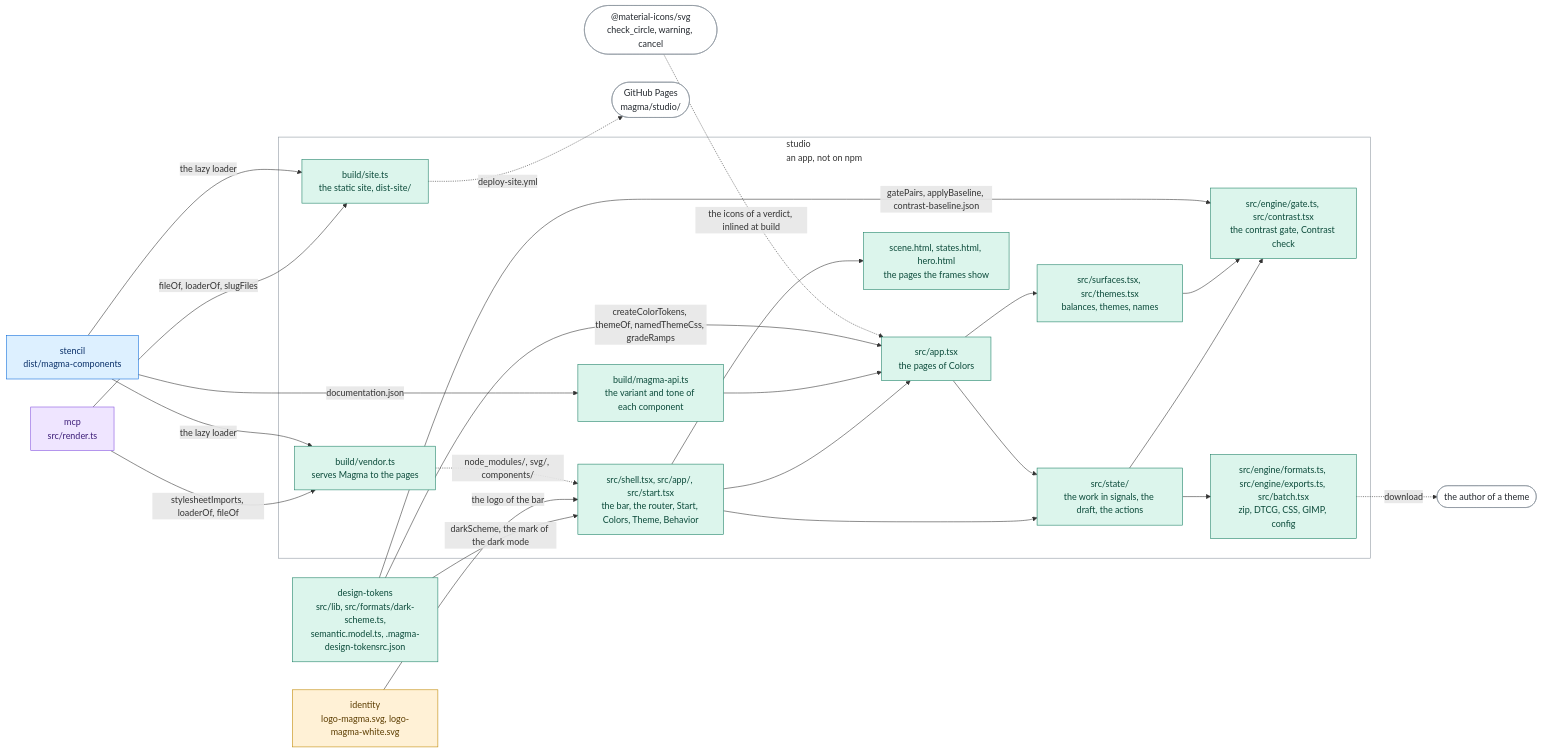
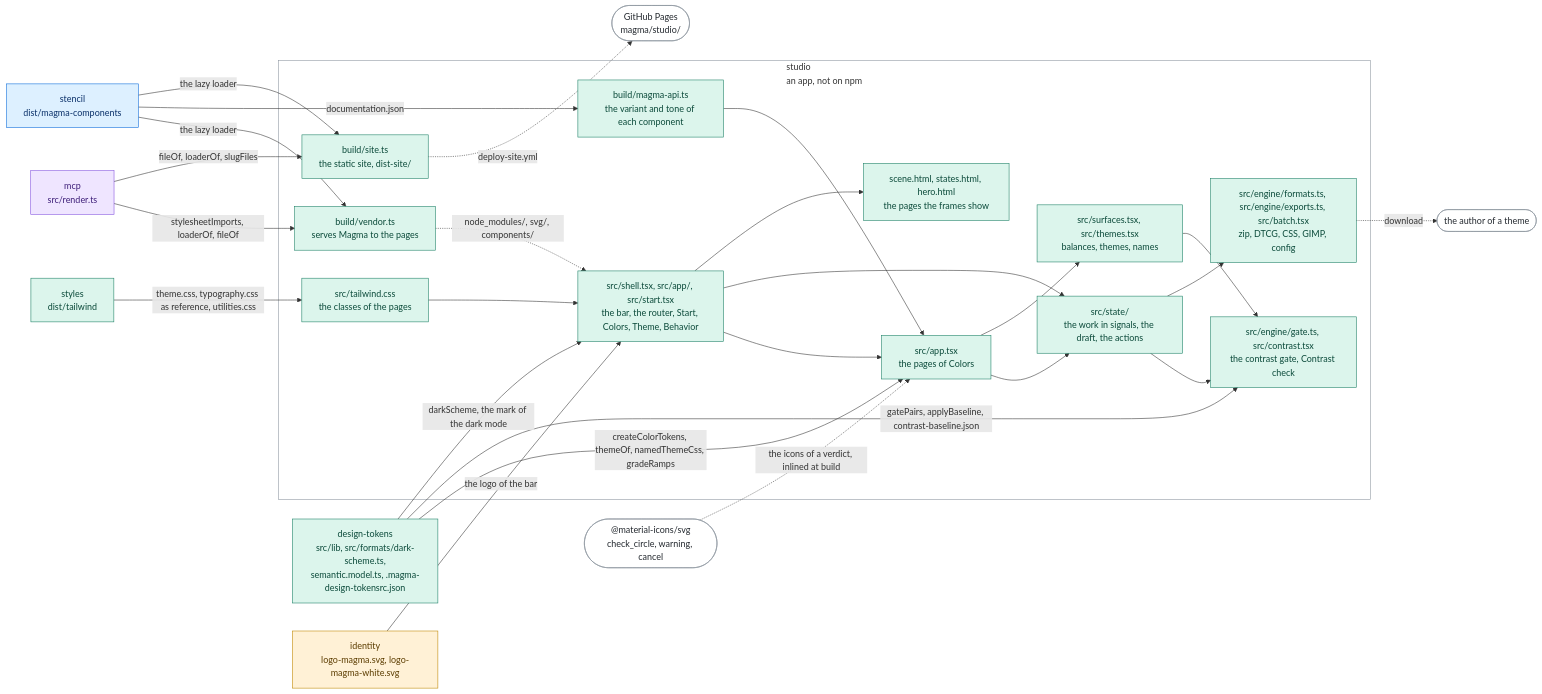
One commit to magma-design-system/magma changed the diagram in projects/studio/README.md. Above: the diagram before and after it, drawn with Mermaid. The commit also changed other lines of this file and 8 other files, not shown here.

First line of the commit message:
build(studio): the Tailwind layer of Magma, its theme imported for reference

````diff
--- a/projects/studio/README.md
+++ b/projects/studio/README.md
@@ -386,54 +386,58 @@
 ```mermaid
 flowchart LR
   DT["design-tokens<br/>src/lib, src/formats/dark-scheme.ts,<br/>semantic.model.ts, .magma-design-tokensrc.json"]
   MCP["mcp<br/>src/render.ts"]
   WC["stencil<br/>dist/magma-components"]
   ID["identity<br/>logo-magma.svg, logo-magma-white.svg"]
+  ST["styles<br/>dist/tailwind"]
   subgraph stu["studio<br/>an app, not on npm"]
     SHELL["src/shell.tsx, src/app/, src/start.tsx<br/>the bar, the router, Start, Colors, Theme, Behavior"]
     STATE["src/state/<br/>the work in signals, the draft, the actions"]
     APP["src/app.tsx<br/>the pages of Colors"]
     SURF["src/surfaces.tsx, src/themes.tsx<br/>balances, themes, names"]
     GATE["src/engine/gate.ts, src/contrast.tsx<br/>the contrast gate, Contrast check"]
     OUT["src/engine/formats.ts, src/engine/exports.ts, src/batch.tsx<br/>zip, DTCG, CSS, GIMP, config"]
     VEN["build/vendor.ts<br/>serves Magma to the pages"]
     API["build/magma-api.ts<br/>the variant and tone of each component"]
     SITE["build/site.ts<br/>the static site, dist-site/"]
     SCENE["scene.html, states.html, hero.html<br/>the pages the frames show"]
+    TW["src/tailwind.css<br/>the classes of the pages"]
     SHELL --> APP
     SHELL --> STATE
     SHELL --> SCENE
     APP --> STATE
     APP --> SURF
     STATE --> GATE
     STATE --> OUT
     SURF --> GATE
     API --> APP
+    TW --> SHELL
   end
   DT -->|"createColorTokens, themeOf, namedThemeCss, gradeRamps"| APP
   DT -->|"gatePairs, applyBaseline, contrast-baseline.json"| GATE
   DT -->|"darkScheme, the mark of the dark mode"| SHELL
   MCP -->|"stylesheetImports, loaderOf, fileOf"| VEN
   MCP -->|"fileOf, loaderOf, slugFiles"| SITE
   WC -->|"the lazy loader"| VEN
   WC -->|"documentation.json"| API
   WC -->|"the lazy loader"| SITE
   ID -->|"the logo of the bar"| SHELL
+  ST -->|"theme.css, typography.css as reference, utilities.css"| TW
   VEN -.->|"node_modules/, svg/, components/"| SHELL
   SITE -.->|"deploy-site.yml"| PAGES(["GitHub Pages<br/>magma/studio/"])
   OUT -.->|"download"| AUTHOR(["the author of a theme"])
   MI(["@material-icons/svg<br/>check_circle, warning, cancel"]) -.->|"the icons of a verdict, inlined at build"| APP
-  class DT,APP,STATE,SURF,GATE,OUT,SHELL,VEN,API,SITE,SCENE visual
+  class DT,ST,APP,STATE,SURF,GATE,OUT,SHELL,VEN,API,SITE,SCENE,TW visual
   class MCP ai
   class WC components
   class ID assets
   class AUTHOR,PAGES,MI outside
   class stu area
   classDef ai fill:#efe5ff,stroke:#8250df,color:#3e1f79
   classDef assets fill:#fff1d6,stroke:#bf8700,color:#5c3d00
   classDef visual fill:#dcf5ec,stroke:#1a7f64,color:#0b4a3a
   classDef components fill:#ddf0ff,stroke:#0969da,color:#0a3069
   classDef tooling fill:#eceff3,stroke:#57606a,color:#24292f
   classDef outside fill:#ffffff,stroke:#8c959f,color:#24292f
   classDef area fill:none,stroke:#8c959f
 ```
````
